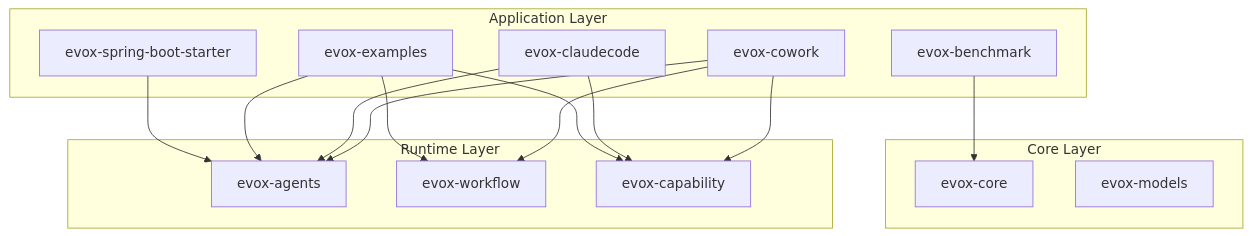
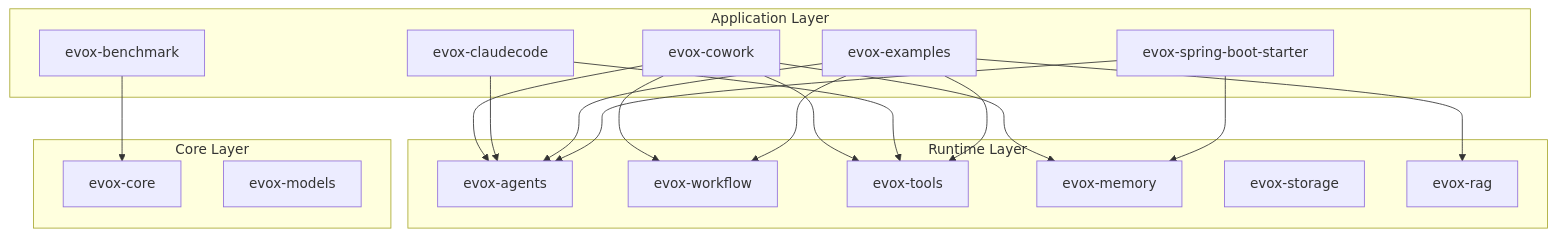
Before and after one commit to Leavesfly/EvoX: the diagram in evox-application/README.md, drawn with Mermaid. The commit also changed 345 other files, not shown here.

````diff
--- a/evox-application/README.md
+++ b/evox-application/README.md
@@ -56,27 +56,30 @@
 ```mermaid
 graph TD
     subgraph "Application Layer"
         Cowork[evox-cowork]
         ClaudeCode[evox-claudecode]
         Examples[evox-examples]
         Benchmark[evox-benchmark]
         Starter[evox-spring-boot-starter]
     end
 
     subgraph "Runtime Layer"
         Agents[evox-agents]
         Workflow[evox-workflow]
-        Capability[evox-capability]
+        Tools[evox-tools]
+        Memory[evox-memory]
+        Storage[evox-storage]
+        RAG[evox-rag]
     end
 
     subgraph "Core Layer"
         Core[evox-core]
         Models[evox-models]
     end
 
-    Cowork --> Agents & Workflow & Capability
-    ClaudeCode --> Agents & Capability
-    Examples --> Agents & Workflow & Capability
-    Starter --> Agents
+    Cowork --> Agents & Workflow & Tools & Memory
+    ClaudeCode --> Agents & Tools
+    Examples --> Agents & Workflow & Tools & RAG
+    Starter --> Agents & Memory
     Benchmark --> Core
 ```
````
